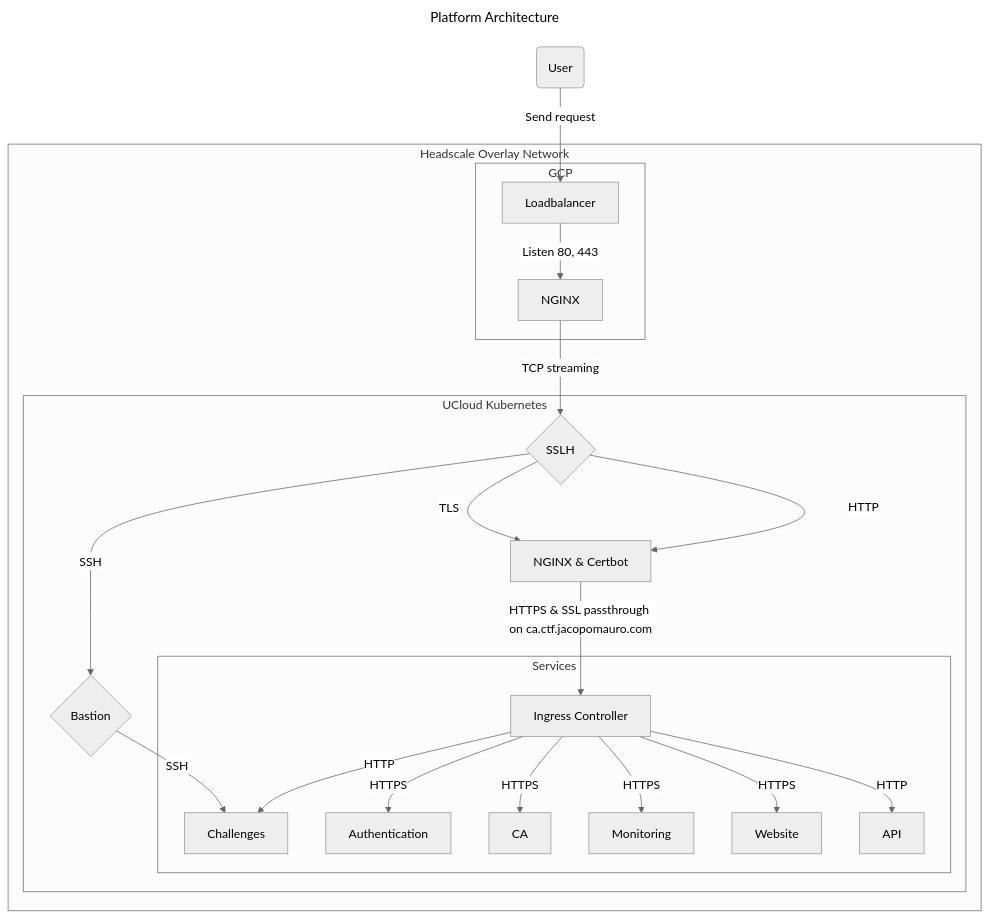
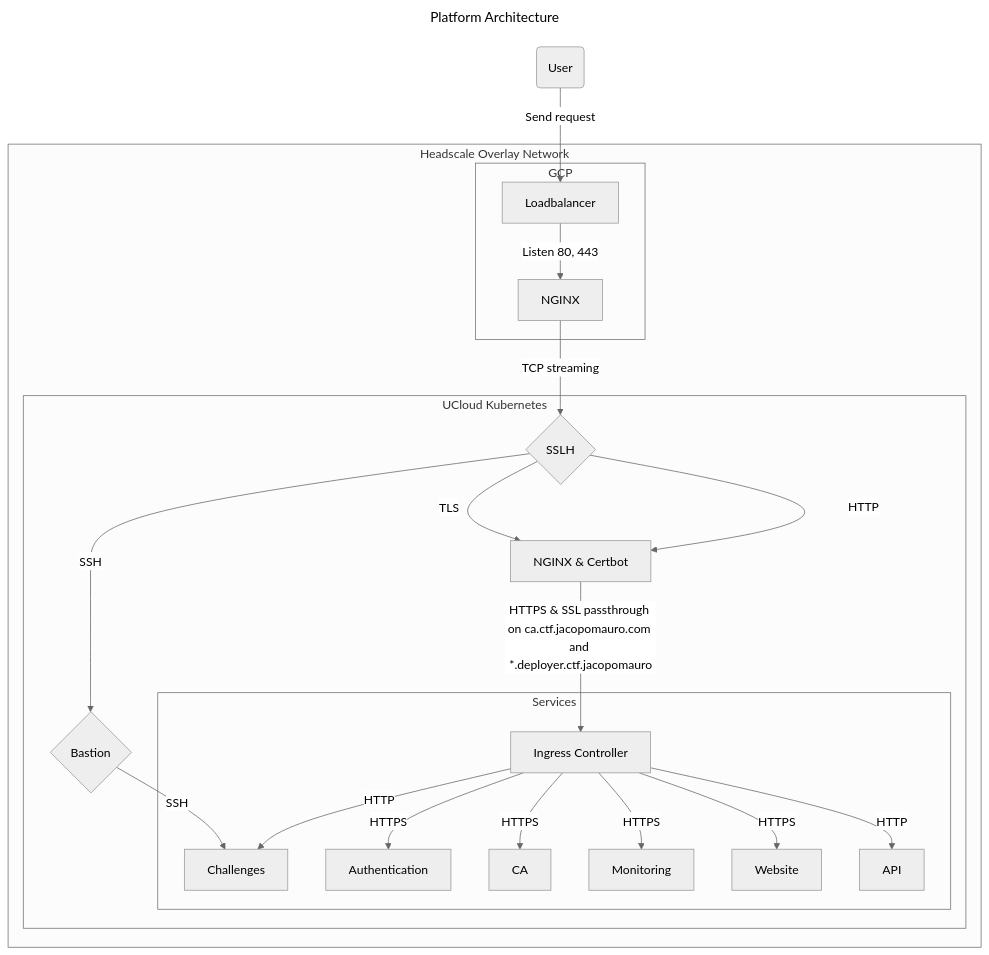
Before and after one commit to mattrent/CTF-Platform: the first of 2 diagrams in README.md, drawn with Mermaid (neutral theme). The commit also changed other lines of this file, not shown here.

````diff
--- a/README.md
+++ b/README.md
@@ -62,28 +62,28 @@
 ```mermaid
 ---
 title: Platform Architecture
 ---
 graph TD
     A(User) -->|Send request| B[Loadbalancer]
 subgraph Headscale Overlay Network
 subgraph GCP
     B -->|Listen 80, 443| C[NGINX]
 end
 subgraph UCloud Kubernetes
     C -->|TCP streaming| J{SSLH}
     J -->|SSH| K{Bastion}
     J -->|TLS| L[NGINX & Certbot]
     J -->|HTTP| L
     K -->|SSH| E[Challenges]
-    L -->|HTTPS & SSL passthrough on ca.ctf.jacopomauro.com| G[Ingress Controller]
+    L -->|HTTPS & SSL passthrough on ca.ctf.jacopomauro.com and *.deployer.ctf.jacopomauro| G[Ingress Controller]
 subgraph Services
     G -->|HTTPS| H[Authentication]
     G -->|HTTPS| I[CA]
     G -->|HTTP| E
     G -->|HTTPS| F[Monitoring]
     G -->|HTTPS| O[Website]
     G -->|HTTP| P[API]
 end
 end
 end
 ```
````
